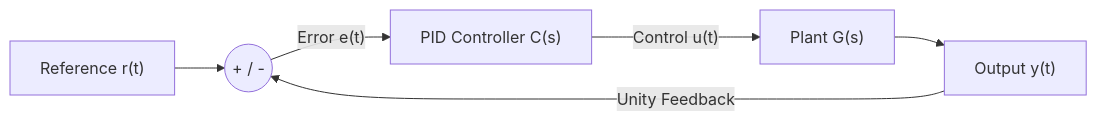
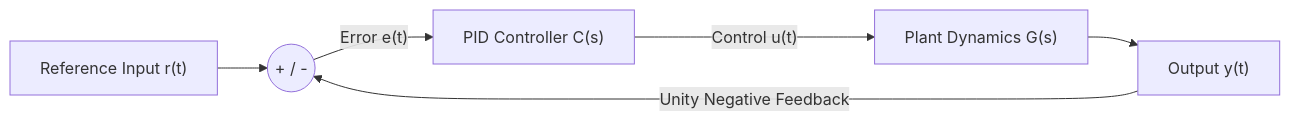
The diagram in README.md (DanoV1m/pid-control-simulator), drawn with Mermaid before and after one commit. The commit also changed other lines of this file and 4 other files, not shown here.

````diff
--- a/README.md
+++ b/README.md
@@ -17,8 +17,8 @@
 ```mermaid
 graph LR
-    R["Reference r(t)"] --> Sum((+ / -))
+    R["Reference Input r(t)"] --> Sum((+ / -))
     Sum -->|"Error e(t)"| C["PID Controller C(s)"]
-    C -->|"Control u(t)"| G["Plant G(s)"]
+    C -->|"Control u(t)"| G["Plant Dynamics G(s)"]
     G --> Y["Output y(t)"]
-    Y -->|"Unity Feedback"| Sum
+    Y -->|"Unity Negative Feedback"| Sum
 ```
````
